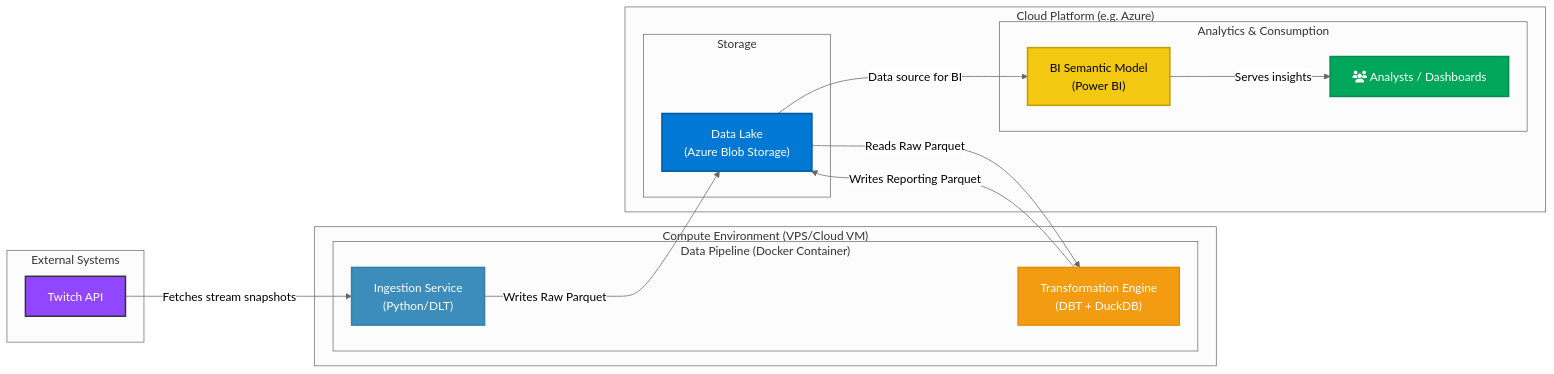
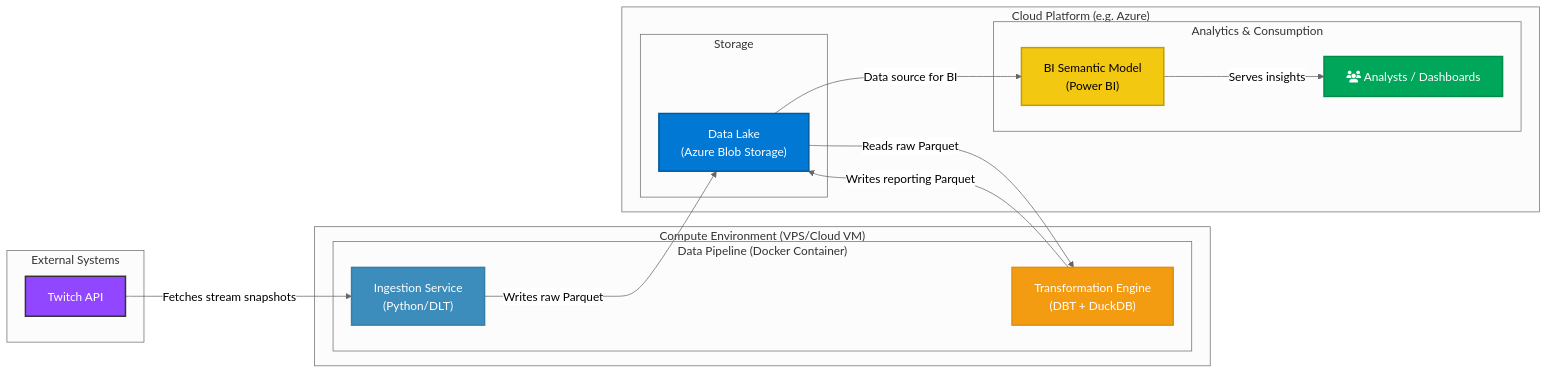
Before and after one commit to gabriellegall/twitch_bi: the second of 2 diagrams in README.md, drawn with Mermaid (neutral theme). The commit also changed other lines of this file, not shown here.

````diff
--- a/README.md
+++ b/README.md
@@ -49,40 +49,40 @@
 ```mermaid
 graph LR;
     %% Define subgraphs
     subgraph "External Systems"
         A[Twitch API]
     end
 
     subgraph "Compute Environment (VPS/Cloud VM)"
         subgraph "Data Pipeline (Docker Container)"
              B["Ingestion Service<br>(Python/DLT)"]
              C["Transformation Engine<br>(DBT + DuckDB)"]
         end
     end
 
     subgraph "Cloud Platform (e.g. Azure)"
         subgraph "Storage"
             D["Data Lake<br>(Azure Blob Storage)"]
         end
         subgraph "Analytics & Consumption"
             E["BI Semantic Model<br>(Power BI)"]
             F[fa:fa-users Analysts / Dashboards]
         end
     end
 
     %% Define the data flow
     A -- "Fetches stream snapshots" --> B
-    B -- "Writes Raw Parquet" --> D
-    D -- "Reads Raw Parquet" --> C
-    C -- "Writes Reporting Parquet" --> D
+    B -- "Writes raw Parquet" --> D
+    D -- "Reads raw Parquet" --> C
+    C -- "Writes reporting Parquet" --> D
     D -- "Data source for BI" --> E
     E -- "Serves insights" --> F
     
     %% Styling
     style A fill:#9146FF,stroke:#333,stroke-width:2px,color:#fff
     style B fill:#3c8dbc,stroke:#367fa9,stroke-width:2px,color:white
     style C fill:#f39c12,stroke:#e08e0b,stroke-width:2px,color:white
     style D fill:#0078D4,stroke:#005A9E,stroke-width:2px,color:white
     style E fill:#F2C811,stroke:#BF9B0D,stroke-width:2px,color:#000
     style F fill:#00a65a,stroke:#008d4c,stroke-width:2px,color:white
 ```
````
